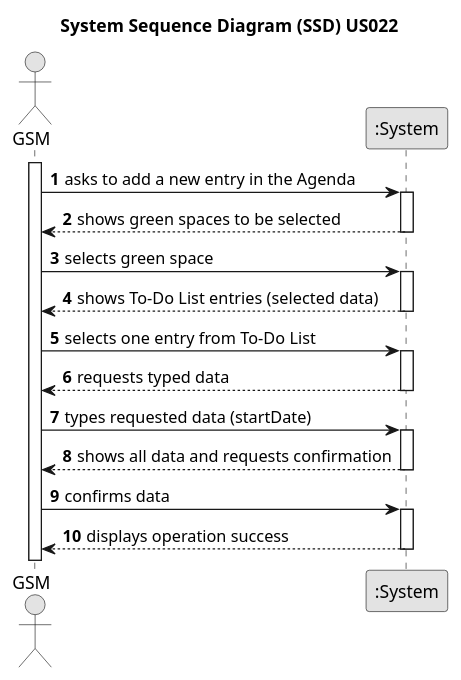
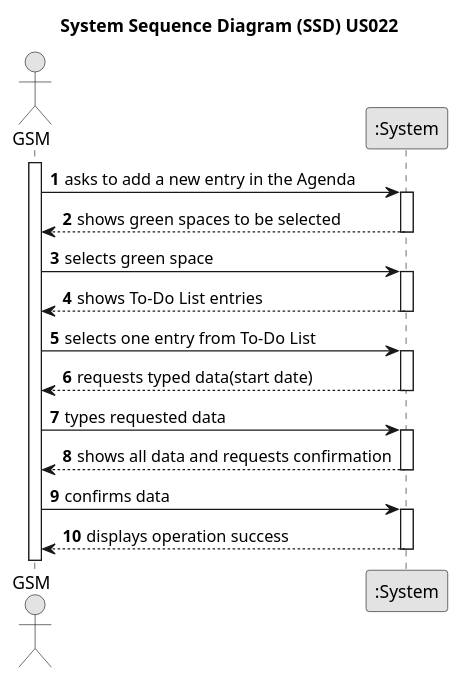
Before and after one commit to LopemigueISEP/lei-24-s2-1nb-g312: the diagram in docs/sprintC/US022/01.requirements-engineering/puml/us22-system-sequence-diagram.puml, drawn with PlantUML. The commit also changed 1 other file, not shown here.

```diff
--- a/docs/sprintC/US022/01.requirements-engineering/puml/us22-system-sequence-diagram.puml
+++ b/docs/sprintC/US022/01.requirements-engineering/puml/us22-system-sequence-diagram.puml
@@ -1,44 +1,44 @@
 @startuml
 skinparam monochrome true
 skinparam packageStyle rectangle
 skinparam shadowing false
 
 title System Sequence Diagram (SSD) US022
 
 autonumber
 
 actor "GSM" as Employee
 participant ":System" as System
 activate Employee
 
     Employee -> System : asks to add a new entry in the Agenda
     activate System
 
         System --> Employee : shows green spaces to be selected
     deactivate System
 
     Employee -> System : selects green space
     activate System
 
-    System --> Employee : shows To-Do List entries (selected data)
+    System --> Employee : shows To-Do List entries
         deactivate System
 
         Employee -> System : selects one entry from To-Do List
         activate System
 
-        System --> Employee : requests typed data
+        System --> Employee : requests typed data(start date)
     deactivate System
 
-    Employee -> System : types requested data (startDate)
+    Employee -> System : types requested data
     activate System
 
         System --> Employee : shows all data and requests confirmation
     deactivate System
 
     Employee -> System : confirms data
     activate System
 
         System --> Employee : displays operation success
     deactivate System
 
 @enduml
```
